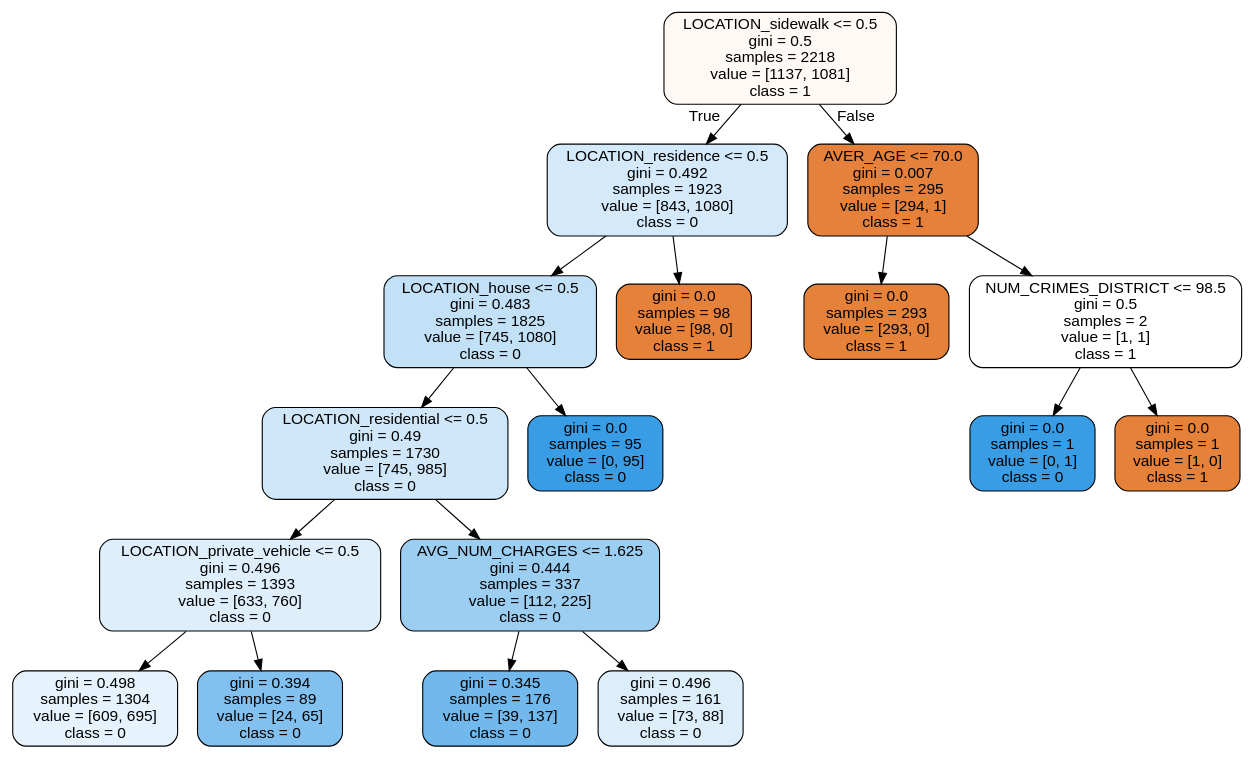
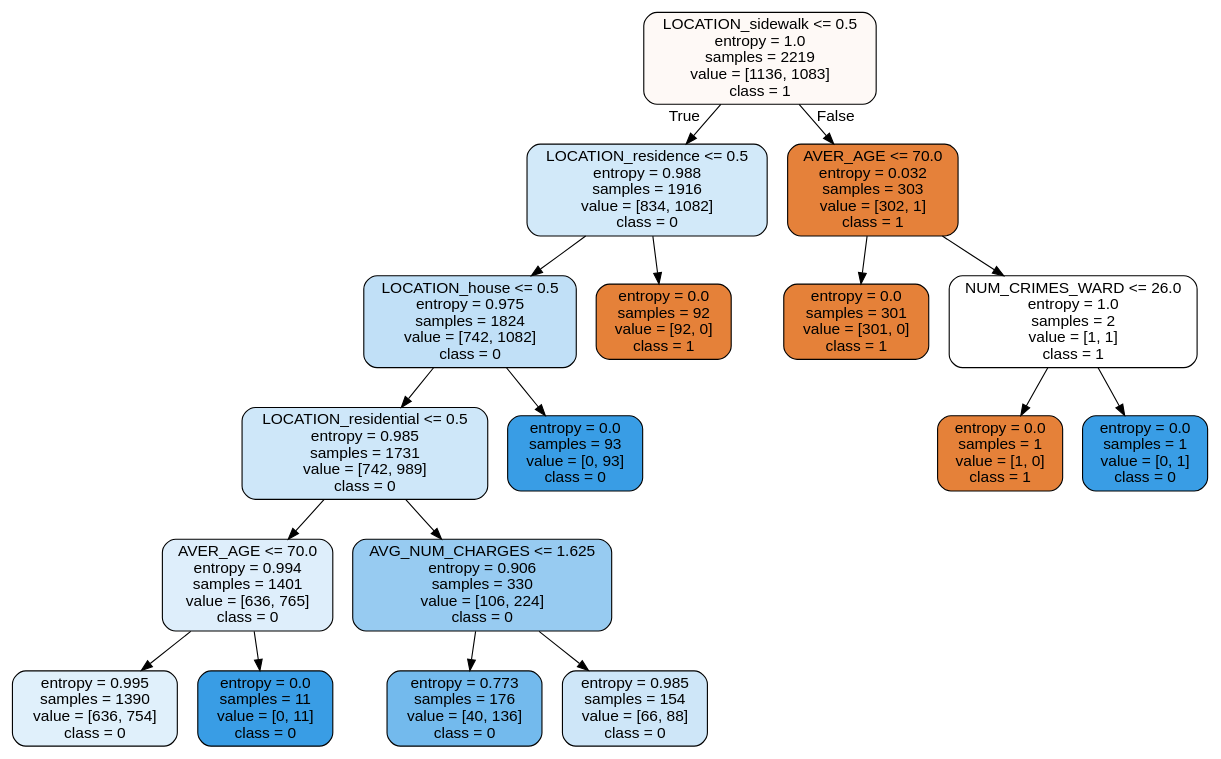
One commit to antoniomari/Ingegneria-della-conoscenza changed the diagram in models/best_tree.dot. Above: the diagram before and after it, drawn with Graphviz. The commit also changed 10 other files, not shown here.

```diff
--- a/models/best_tree.dot
+++ b/models/best_tree.dot
@@ -1,37 +1,37 @@
 digraph Tree {
 node [shape=box, style="filled, rounded", color="black", fontname="helvetica"] ;
 edge [fontname="helvetica"] ;
-0 [label="LOCATION_sidewalk <= 0.5\ngini = 0.5\nsamples = 2218\nvalue = [1137, 1081]\nclass = 1", fillcolor="#fef9f5"] ;
-1 [label="LOCATION_residence <= 0.5\ngini = 0.492\nsamples = 1923\nvalue = [843, 1080]\nclass = 0", fillcolor="#d4e9f9"] ;
+0 [label="LOCATION_sidewalk <= 0.5\nentropy = 1.0\nsamples = 2219\nvalue = [1136, 1083]\nclass = 1", fillcolor="#fef9f6"] ;
+1 [label="LOCATION_residence <= 0.5\nentropy = 0.988\nsamples = 1916\nvalue = [834, 1082]\nclass = 0", fillcolor="#d2e9f9"] ;
 0 -> 1 [labeldistance=2.5, labelangle=45, headlabel="True"] ;
-2 [label="LOCATION_house <= 0.5\ngini = 0.483\nsamples = 1825\nvalue = [745, 1080]\nclass = 0", fillcolor="#c2e1f7"] ;
+2 [label="LOCATION_house <= 0.5\nentropy = 0.975\nsamples = 1824\nvalue = [742, 1082]\nclass = 0", fillcolor="#c1e0f7"] ;
 1 -> 2 ;
-3 [label="LOCATION_residential <= 0.5\ngini = 0.49\nsamples = 1730\nvalue = [745, 985]\nclass = 0", fillcolor="#cfe7f9"] ;
+3 [label="LOCATION_residential <= 0.5\nentropy = 0.985\nsamples = 1731\nvalue = [742, 989]\nclass = 0", fillcolor="#cee7f9"] ;
 2 -> 3 ;
-4 [label="LOCATION_private_vehicle <= 0.5\ngini = 0.496\nsamples = 1393\nvalue = [633, 760]\nclass = 0", fillcolor="#deeffb"] ;
+4 [label="AVER_AGE <= 70.0\nentropy = 0.994\nsamples = 1401\nvalue = [636, 765]\nclass = 0", fillcolor="#deeefb"] ;
 3 -> 4 ;
-5 [label="gini = 0.498\nsamples = 1304\nvalue = [609, 695]\nclass = 0", fillcolor="#e6f3fc"] ;
+5 [label="entropy = 0.995\nsamples = 1390\nvalue = [636, 754]\nclass = 0", fillcolor="#e0f0fb"] ;
 4 -> 5 ;
-6 [label="gini = 0.394\nsamples = 89\nvalue = [24, 65]\nclass = 0", fillcolor="#82c1ef"] ;
+6 [label="entropy = 0.0\nsamples = 11\nvalue = [0, 11]\nclass = 0", fillcolor="#399de5"] ;
 4 -> 6 ;
-7 [label="AVG_NUM_CHARGES <= 1.625\ngini = 0.444\nsamples = 337\nvalue = [112, 225]\nclass = 0", fillcolor="#9ccef2"] ;
+7 [label="AVG_NUM_CHARGES <= 1.625\nentropy = 0.906\nsamples = 330\nvalue = [106, 224]\nclass = 0", fillcolor="#97cbf1"] ;
 3 -> 7 ;
-8 [label="gini = 0.345\nsamples = 176\nvalue = [39, 137]\nclass = 0", fillcolor="#71b9ec"] ;
+8 [label="entropy = 0.773\nsamples = 176\nvalue = [40, 136]\nclass = 0", fillcolor="#73baed"] ;
 7 -> 8 ;
-9 [label="gini = 0.496\nsamples = 161\nvalue = [73, 88]\nclass = 0", fillcolor="#ddeefb"] ;
+9 [label="entropy = 0.985\nsamples = 154\nvalue = [66, 88]\nclass = 0", fillcolor="#cee6f8"] ;
 7 -> 9 ;
-10 [label="gini = 0.0\nsamples = 95\nvalue = [0, 95]\nclass = 0", fillcolor="#399de5"] ;
+10 [label="entropy = 0.0\nsamples = 93\nvalue = [0, 93]\nclass = 0", fillcolor="#399de5"] ;
 2 -> 10 ;
-11 [label="gini = 0.0\nsamples = 98\nvalue = [98, 0]\nclass = 1", fillcolor="#e58139"] ;
+11 [label="entropy = 0.0\nsamples = 92\nvalue = [92, 0]\nclass = 1", fillcolor="#e58139"] ;
 1 -> 11 ;
-12 [label="AVER_AGE <= 70.0\ngini = 0.007\nsamples = 295\nvalue = [294, 1]\nclass = 1", fillcolor="#e5813a"] ;
+12 [label="AVER_AGE <= 70.0\nentropy = 0.032\nsamples = 303\nvalue = [302, 1]\nclass = 1", fillcolor="#e5813a"] ;
 0 -> 12 [labeldistance=2.5, labelangle=-45, headlabel="False"] ;
-13 [label="gini = 0.0\nsamples = 293\nvalue = [293, 0]\nclass = 1", fillcolor="#e58139"] ;
+13 [label="entropy = 0.0\nsamples = 301\nvalue = [301, 0]\nclass = 1", fillcolor="#e58139"] ;
 12 -> 13 ;
-14 [label="NUM_CRIMES_DISTRICT <= 98.5\ngini = 0.5\nsamples = 2\nvalue = [1, 1]\nclass = 1", fillcolor="#ffffff"] ;
+14 [label="NUM_CRIMES_WARD <= 26.0\nentropy = 1.0\nsamples = 2\nvalue = [1, 1]\nclass = 1", fillcolor="#ffffff"] ;
 12 -> 14 ;
-15 [label="gini = 0.0\nsamples = 1\nvalue = [0, 1]\nclass = 0", fillcolor="#399de5"] ;
+15 [label="entropy = 0.0\nsamples = 1\nvalue = [1, 0]\nclass = 1", fillcolor="#e58139"] ;
 14 -> 15 ;
-16 [label="gini = 0.0\nsamples = 1\nvalue = [1, 0]\nclass = 1", fillcolor="#e58139"] ;
+16 [label="entropy = 0.0\nsamples = 1\nvalue = [0, 1]\nclass = 0", fillcolor="#399de5"] ;
 14 -> 16 ;
 }
```
